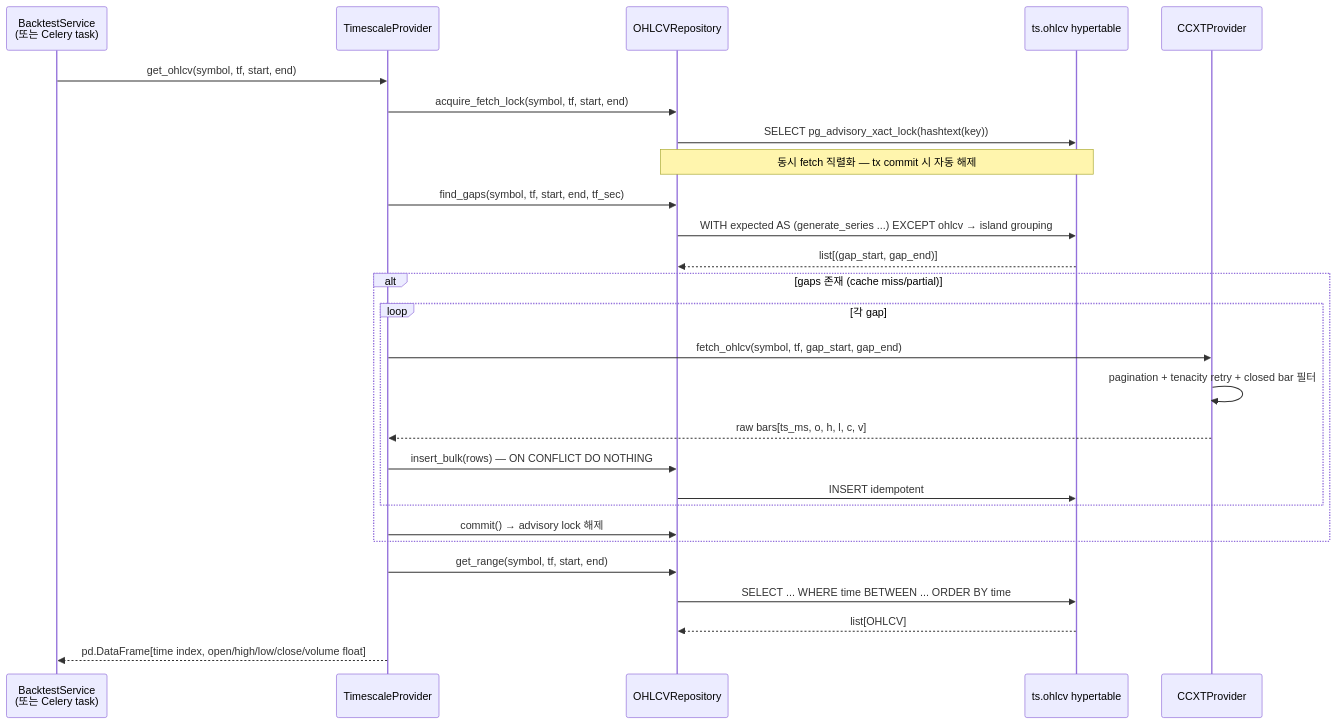
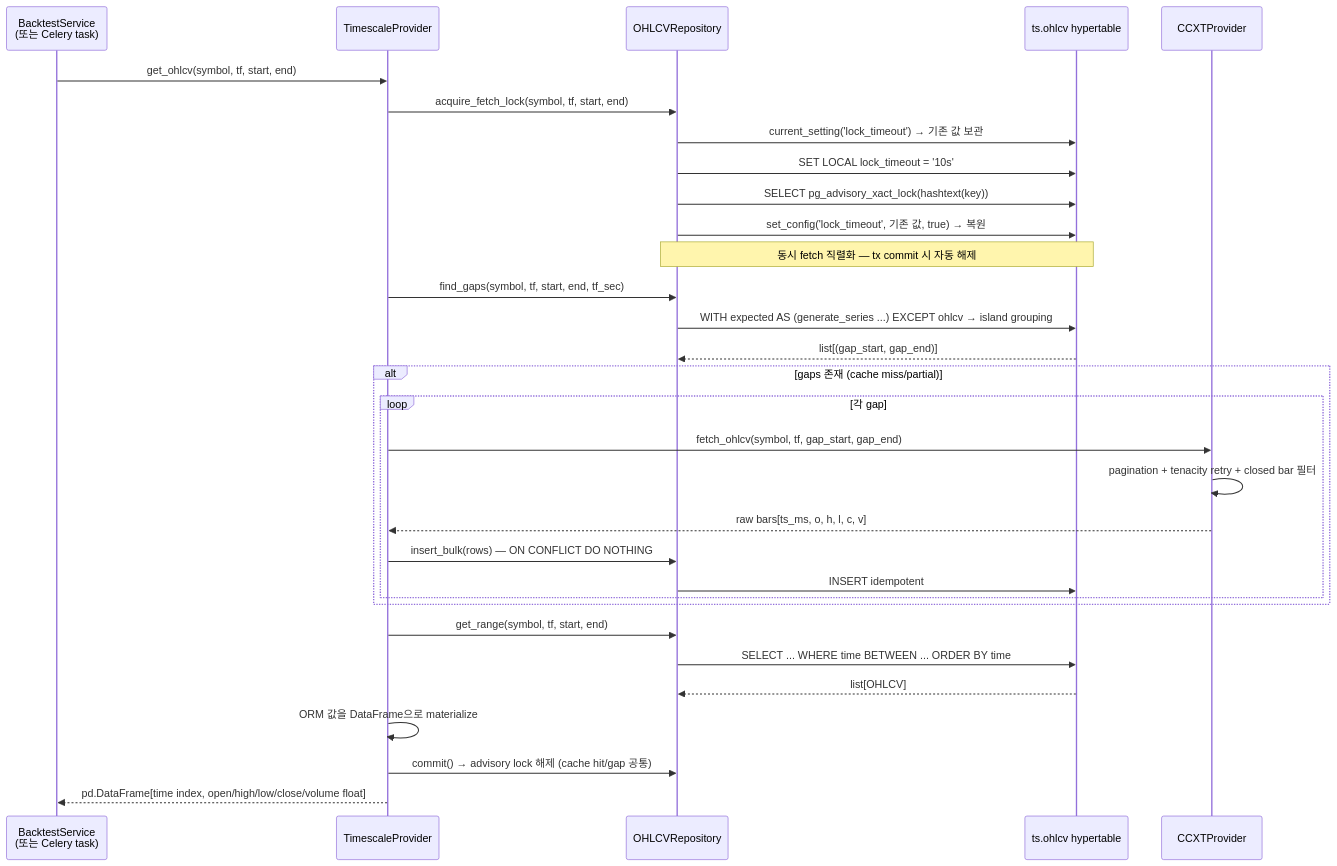
One commit to woosung-dev/quantbridge changed the sixth of 8 diagrams in docs/architecture/data-flow.md. Above: the diagram before and after it, drawn with Mermaid. The commit also changed other lines of this file and 15 other files, not shown here.

````diff
--- a/docs/architecture/data-flow.md
+++ b/docs/architecture/data-flow.md
@@ -226,33 +226,37 @@
 ```mermaid
 sequenceDiagram
     participant Backtest as BacktestService<br/>(또는 Celery task)
     participant TP as TimescaleProvider
     participant Repo as OHLCVRepository
     participant TS as ts.ohlcv hypertable
     participant CCXT as CCXTProvider
 
     Backtest->>TP: get_ohlcv(symbol, tf, start, end)
     TP->>Repo: acquire_fetch_lock(symbol, tf, start, end)
+    Repo->>TS: current_setting('lock_timeout') → 기존 값 보관
+    Repo->>TS: SET LOCAL lock_timeout = '10s'
     Repo->>TS: SELECT pg_advisory_xact_lock(hashtext(key))
+    Repo->>TS: set_config('lock_timeout', 기존 값, true) → 복원
     Note over Repo,TS: 동시 fetch 직렬화 — tx commit 시 자동 해제
 
     TP->>Repo: find_gaps(symbol, tf, start, end, tf_sec)
     Repo->>TS: WITH expected AS (generate_series ...) EXCEPT ohlcv → island grouping
     TS-->>Repo: list[(gap_start, gap_end)]
 
     alt gaps 존재 (cache miss/partial)
         loop 각 gap
             TP->>CCXT: fetch_ohlcv(symbol, tf, gap_start, gap_end)
             CCXT->>CCXT: pagination + tenacity retry + closed bar 필터
             CCXT-->>TP: raw bars[ts_ms, o, h, l, c, v]
             TP->>Repo: insert_bulk(rows) — ON CONFLICT DO NOTHING
             Repo->>TS: INSERT idempotent
         end
-        TP->>Repo: commit() → advisory lock 해제
     end
 
     TP->>Repo: get_range(symbol, tf, start, end)
     Repo->>TS: SELECT ... WHERE time BETWEEN ... ORDER BY time
     TS-->>Repo: list[OHLCV]
+    TP->>TP: ORM 값을 DataFrame으로 materialize
+    TP->>Repo: commit() → advisory lock 해제 (cache hit/gap 공통)
     TP-->>Backtest: pd.DataFrame[time index, open/high/low/close/volume float]
 ```
````
